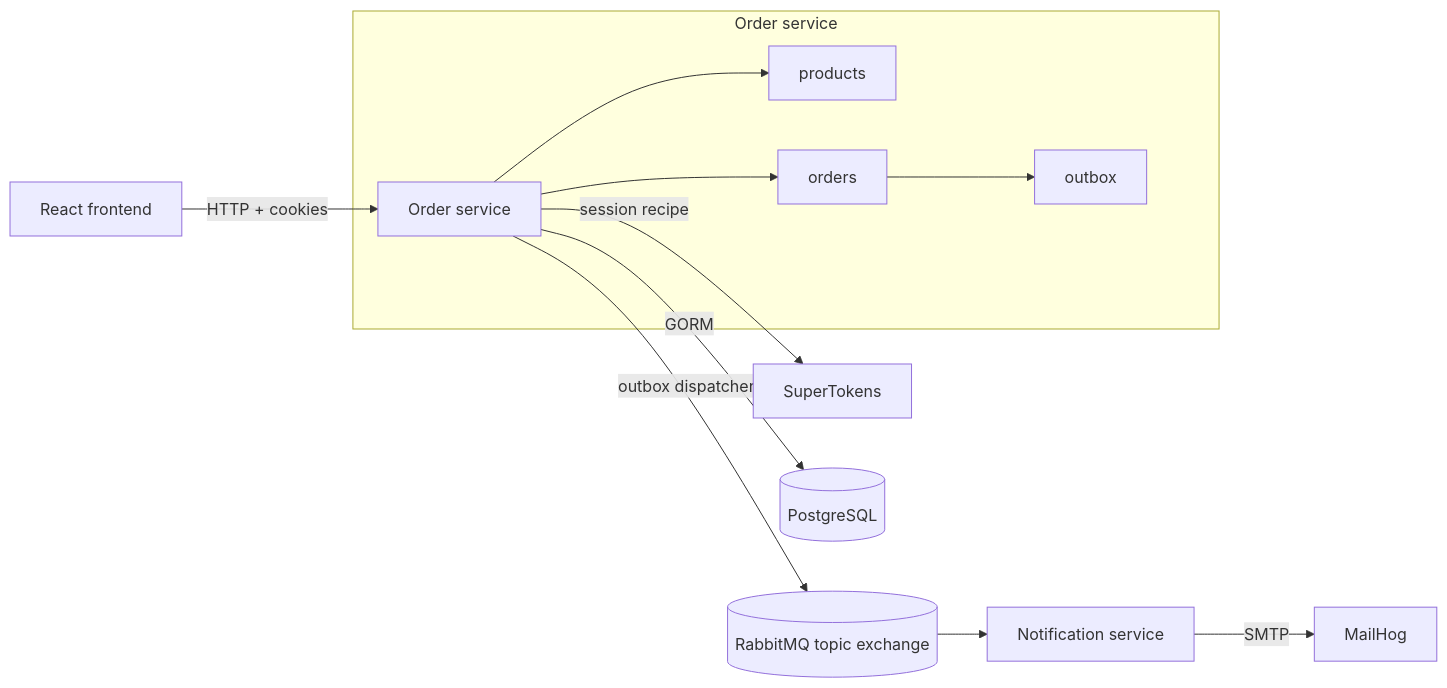
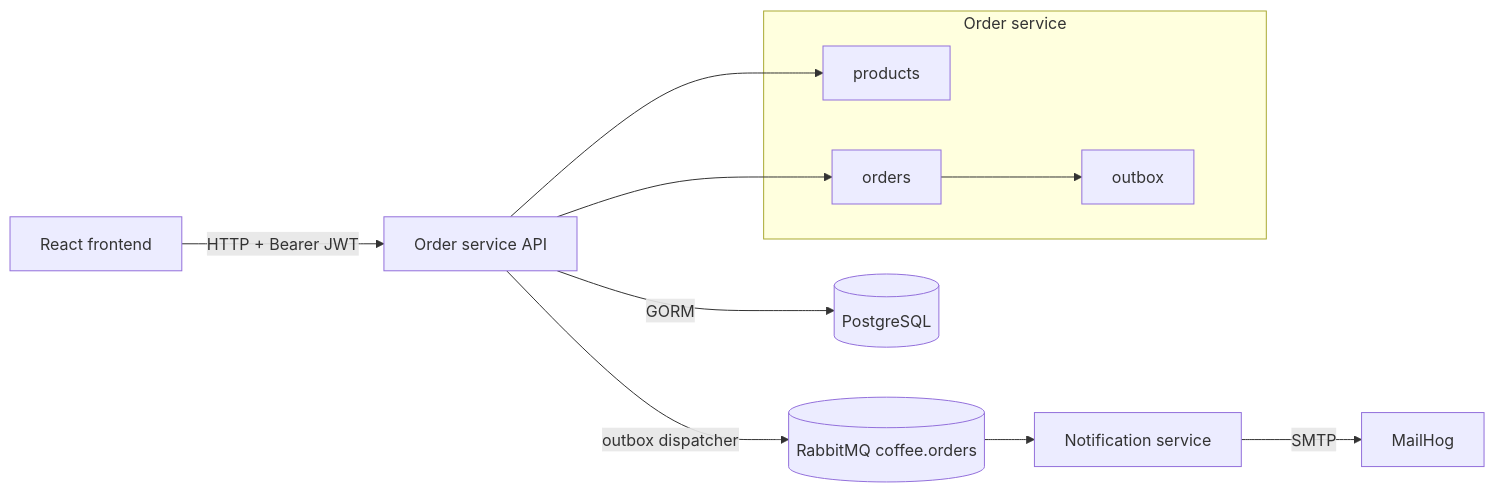
The diagram in README.md (osamah22/coffee-service), drawn with Mermaid before and after one commit. The commit also changed other lines of this file and 34 other files, not shown here.

Commit message:
Replace demo header auth with basic auth JWT flow

````diff
--- a/README.md
+++ b/README.md
@@ -23,20 +28,18 @@
 ```mermaid
 flowchart LR
-  Browser[React frontend] -->|HTTP + cookies| API[Order service]
-  API -->|session recipe| ST[SuperTokens]
+  Browser[React frontend] -->|HTTP + Bearer JWT| API[Order service API]
   API -->|GORM| PG[(PostgreSQL)]
-  API -->|outbox dispatcher| RMQ[(RabbitMQ topic exchange)]
+  API -->|outbox dispatcher| RMQ[(RabbitMQ coffee.orders)]
   RMQ --> Notify[Notification service]
   Notify -->|SMTP| MailHog[MailHog]
 
   subgraph Order service
-    API
     Products[products]
     Orders[orders]
     Outbox[outbox]
   end
 
   API --> Products
   API --> Orders
   Orders --> Outbox
 ```
````
